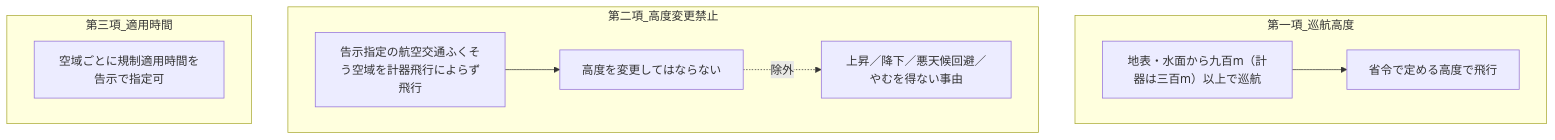
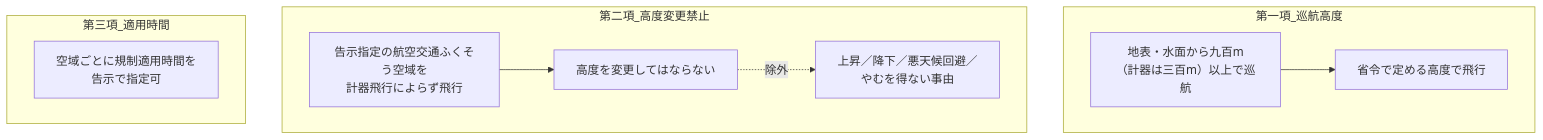
Before and after one commit to yonemotoBB/pil: diagram 15 of 30 in chapters/06_第六章.md, drawn with Mermaid. The commit also changed other lines of this file, not shown here.

````diff
--- a/chapters/06_第六章.md
+++ b/chapters/06_第六章.md
@@ -871,13 +871,13 @@
 ```mermaid
 flowchart TD
     subgraph 第一項_巡航高度
-        cruise["地表・水面から九百m（計器は三百m）以上で巡航"] --> std["省令で定める高度で飛行"]
+        cruise["地表・水面から九百m<br>（計器は三百m）以上で巡航"] --> std["省令で定める高度で飛行"]
     end
     subgraph 第二項_高度変更禁止
-        zone["告示指定の航空交通ふくそう空域を計器飛行によらず飛行"] --> nochange["高度を変更してはならない"]
-        nochange -. 除外 .-> ex["上昇／降下／悪天候回避／やむを得ない事由"]
+        zone["告示指定の航空交通ふくそう空域を<br>計器飛行によらず飛行"] --> nochange["高度を変更してはならない"]
+        nochange -. 除外 .-> ex["上昇／降下／悪天候回避／<br>やむを得ない事由"]
     end
     subgraph 第三項_適用時間
-        time["空域ごとに規制適用時間を告示で指定可"]
+        time["空域ごとに規制適用時間を<br>告示で指定可"]
     end
 ```
````
